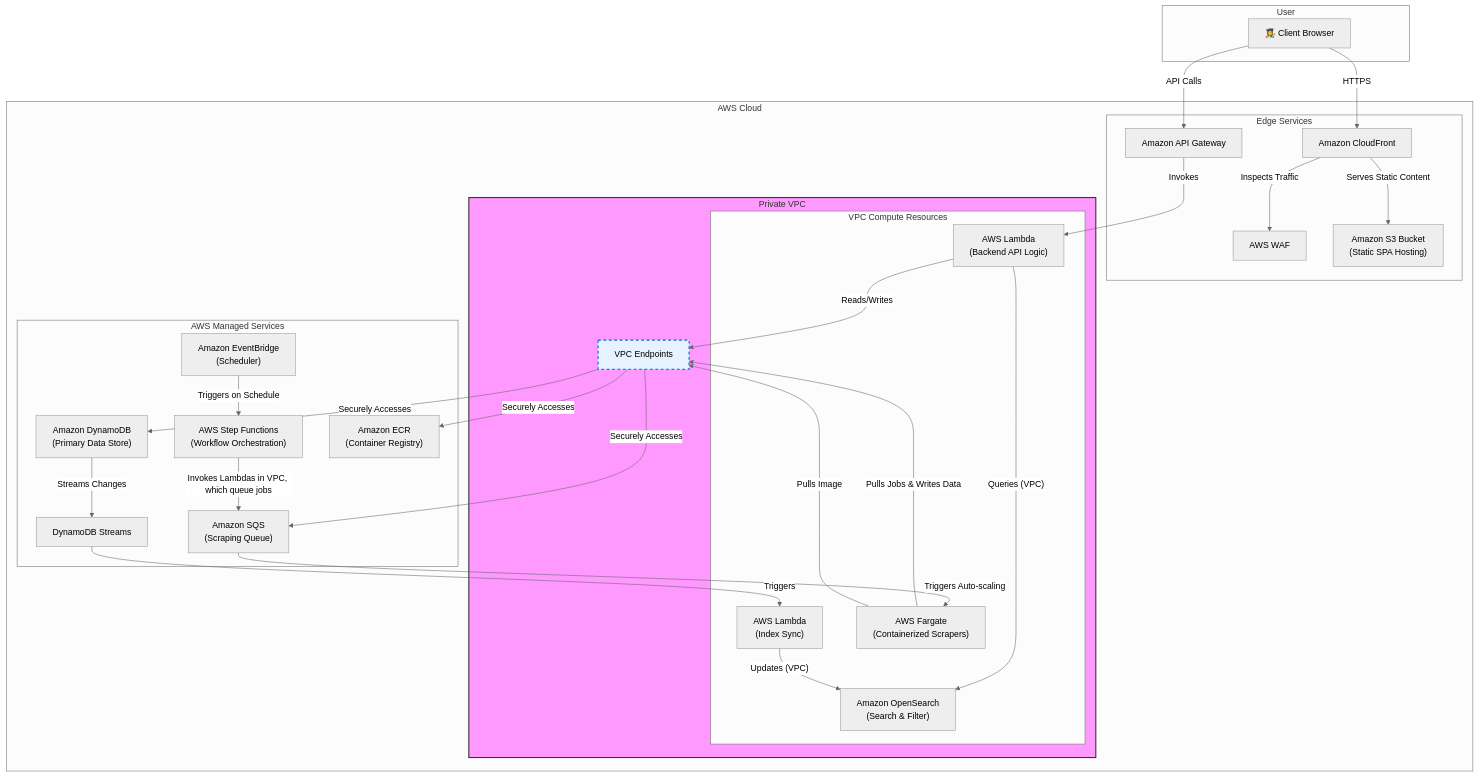
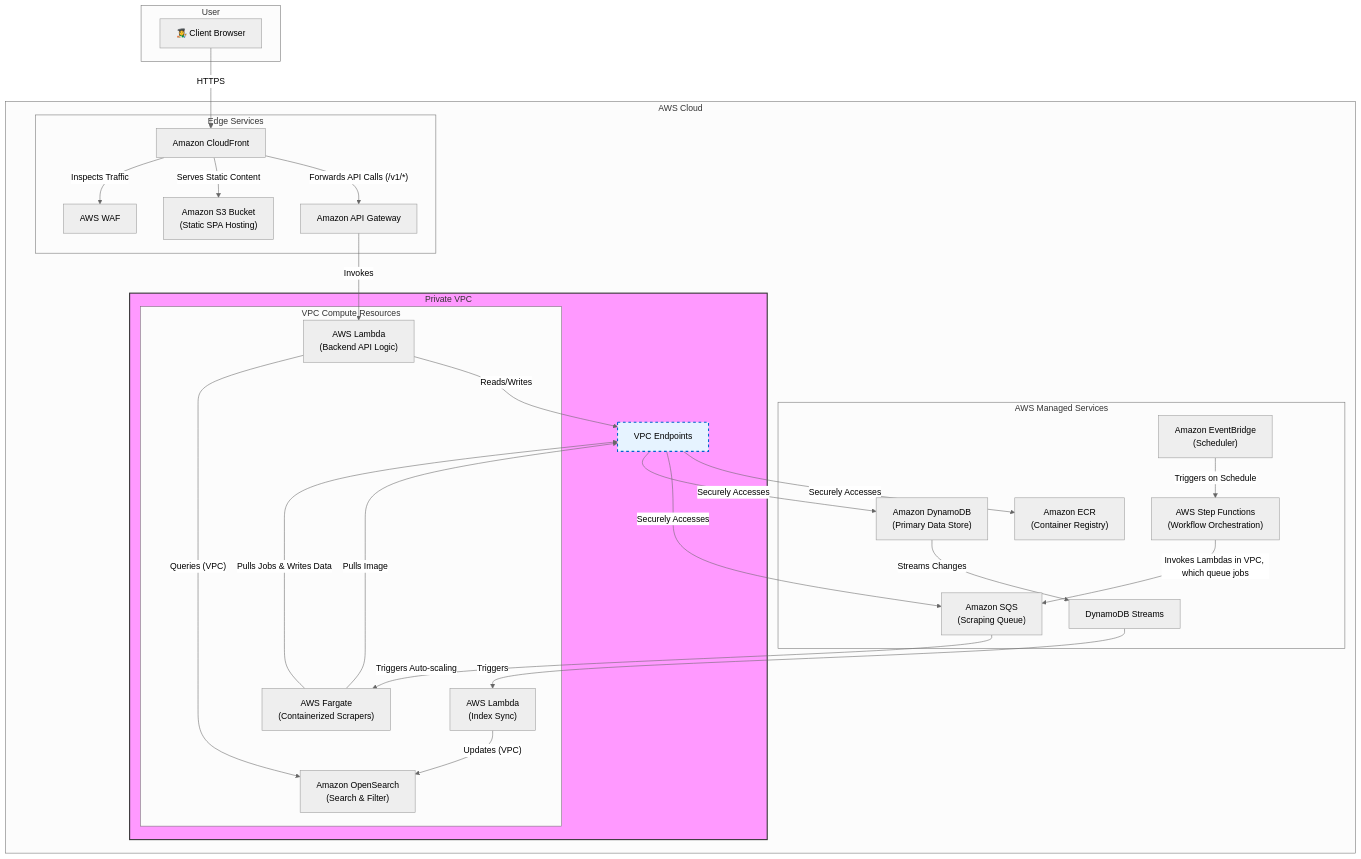
Before and after one commit to White-IT-Solutions/TattooDirectory: the second of 15 diagrams in docs/HLD Doc Tattoo Artist Directory MVP.md, drawn with Mermaid (neutral theme). The commit also changed other lines of this file and 48 other files, not shown here.

Commit message:
Refactor of terraform and a wide variety of security, architecture and configuration fixes.

````diff
--- a/docs/HLD Doc Tattoo Artist Directory MVP.md
+++ b/docs/HLD Doc Tattoo Artist Directory MVP.md
@@ -1021,53 +1021,53 @@
 ```mermaid
 flowchart TD
  subgraph User["User"]
         U["👩‍🎨 Client Browser"]
   end
  subgraph Edge_Services["Edge Services"]
         CF["Amazon CloudFront"]
         WAF["AWS WAF"]
         S3["Amazon S3 Bucket<br>(Static SPA Hosting)"]
         APIGW["Amazon API Gateway"]
   end
  subgraph AWS_Managed_Services["AWS Managed Services"]
         DynamoDB["Amazon DynamoDB<br>(Primary Data Store)"]
         DDBStream["DynamoDB Streams"]
         SQS["Amazon SQS<br>(Scraping Queue)"]
         EventBridge["Amazon EventBridge<br>(Scheduler)"]
         StepFunctions["AWS Step Functions<br>(Workflow Orchestration)"]
         ECR["Amazon ECR<br>(Container Registry)"]
   end
  subgraph VPC_Compute["VPC Compute Resources"]
         LambdaAPI["AWS Lambda<br>(Backend API Logic)"]
         LambdaSync["AWS Lambda<br>(Index Sync)"]
         Fargate["AWS Fargate<br>(Containerized Scrapers)"]
         OpenSearch["Amazon OpenSearch<br>(Search &amp; Filter)"]
   end
  subgraph VPC["Private VPC"]
         VPC_Compute
         VPC_Endpoints["VPC Endpoints"]
   end
  subgraph AWS_Cloud["AWS Cloud"]
         Edge_Services
         AWS_Managed_Services
         VPC
   end
     U -- HTTPS --> CF
     CF -- Inspects Traffic --> WAF
     CF -- Serves Static Content --> S3
-    U -- API Calls --> APIGW
+    CF -- Forwards API Calls (/v1/*) --> APIGW
     APIGW -- Invokes --> LambdaAPI
     LambdaAPI -- Queries (VPC) --> OpenSearch
     LambdaAPI -- Reads/Writes --> VPC_Endpoints
     DynamoDB -- Streams Changes --> DDBStream
     DDBStream -- Triggers --> LambdaSync
     LambdaSync -- Updates (VPC) --> OpenSearch
     EventBridge -- Triggers on Schedule --> StepFunctions
     StepFunctions -- Invokes Lambdas in VPC, which queue jobs --> SQS
     Fargate -- Pulls Jobs & Writes Data --> VPC_Endpoints
     Fargate -- Pulls Image --> VPC_Endpoints
     VPC_Endpoints -- Securely Accesses --> DynamoDB & SQS & ECR
     SQS -- "Triggers Auto-scaling" --> Fargate
+    style VPC_Endpoints fill:#e6f3ff,stroke:#0066cc,stroke-width:2px,stroke-dasharray: 5 5
     style VPC fill:#f9f,stroke:#333,stroke-width:2px
-    style VPC_Endpoints fill:#e6f3ff,stroke:#0066cc,stroke-width:2px,stroke-dasharray: 5 5
 ```
````
